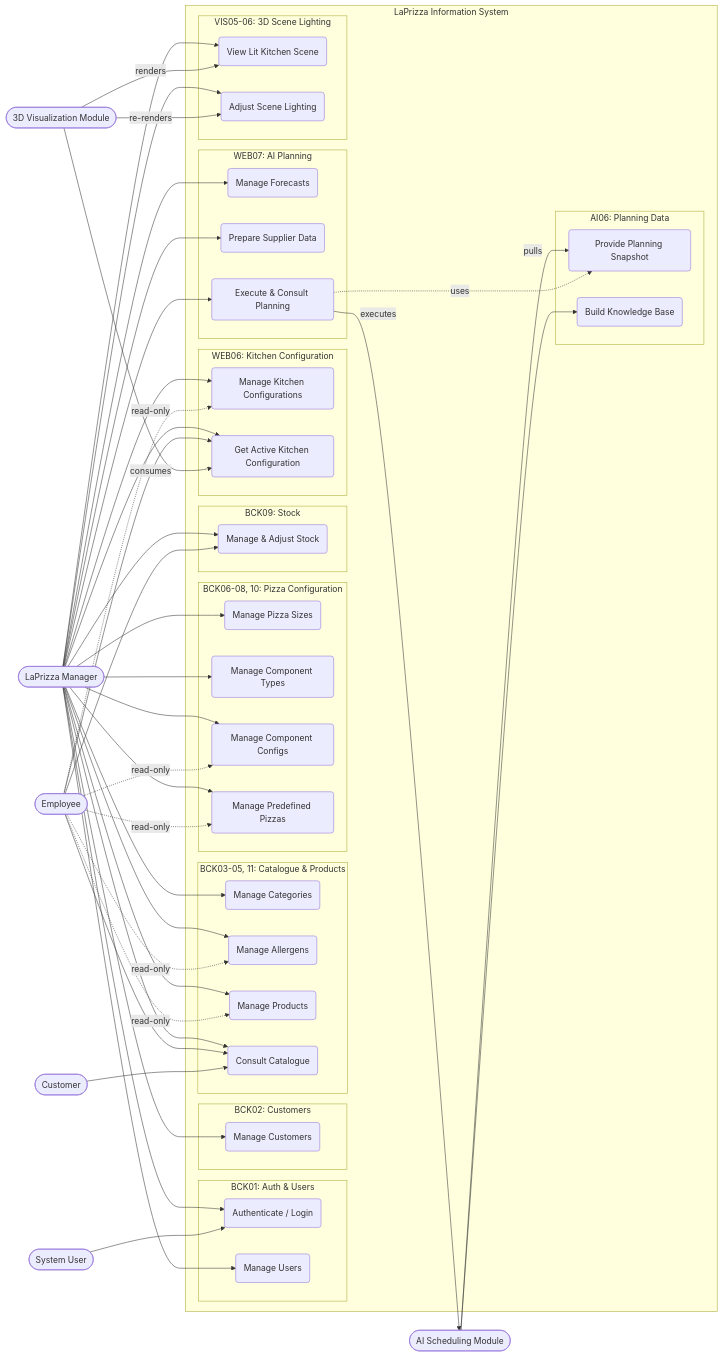
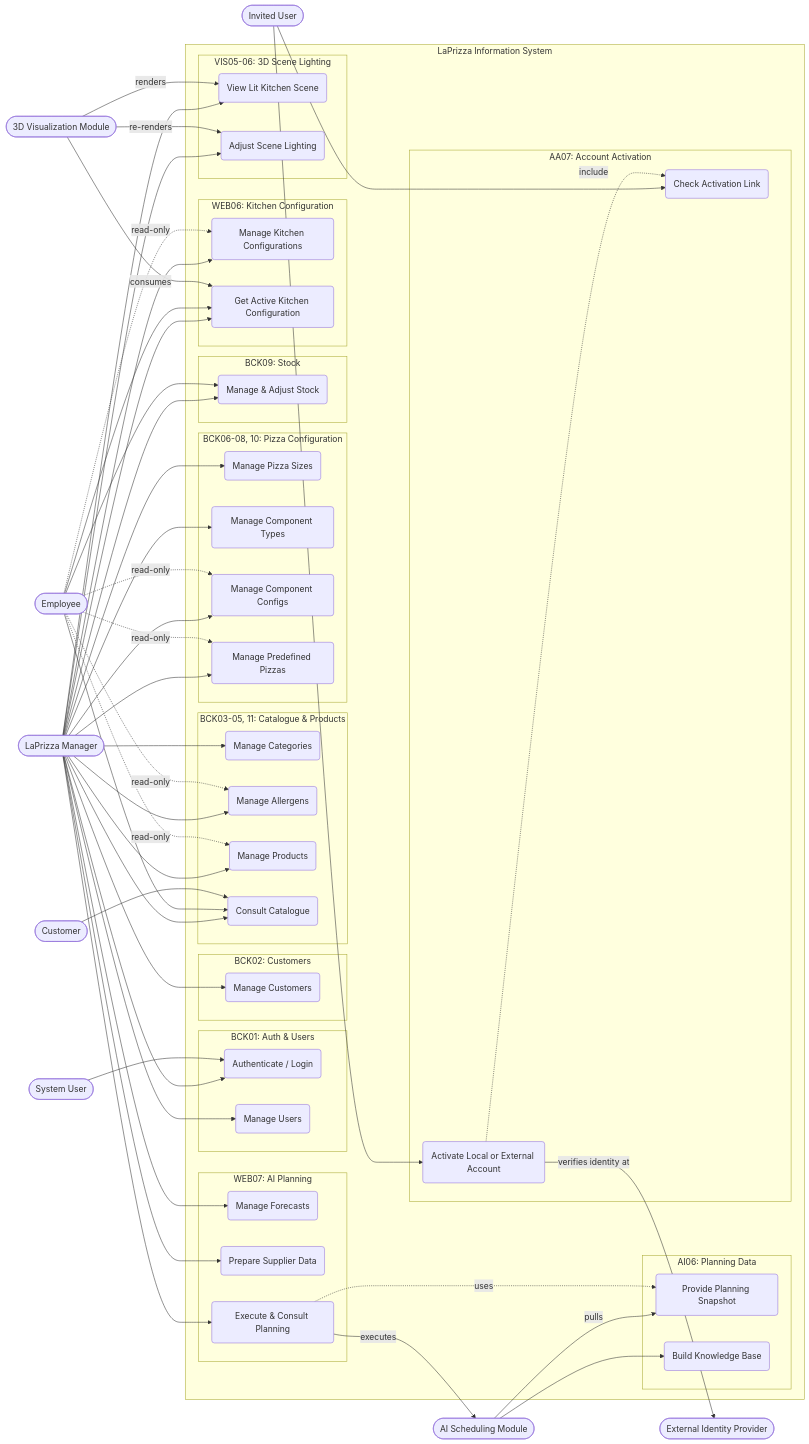
One commit to ivasduarte/laprizza changed the diagram in docs/analysis/diagrams/use-case-views/global-use-case-view.mermaid. Above: the diagram before and after it, drawn with Mermaid. The commit also changed 75 other files, not shown here.

Commit message:
feat(AA07): added secure account activation (#409)

```diff
--- a/docs/analysis/diagrams/use-case-views/global-use-case-view.mermaid
+++ b/docs/analysis/diagrams/use-case-views/global-use-case-view.mermaid
@@ -1,90 +1,101 @@
 flowchart LR
     Manager([LaPrizza Manager])
     SystemUser([System User])
     Employee([Employee])
     Customer([Customer])
     Viz3D([3D Visualization Module])
     AI([AI Scheduling Module])
+    InvitedUser([Invited User])
+    IdP([External Identity Provider])
 
     subgraph System [LaPrizza Information System]
         subgraph Auth [BCK01: Auth & Users]
             UC_Auth(Authenticate / Login)
             UC_Users(Manage Users)
         end
         subgraph Cust [BCK02: Customers]
             UC_Cust(Manage Customers)
         end
         subgraph Catalog [BCK03-05, 11: Catalogue & Products]
             UC_Cat(Manage Categories)
             UC_Allergens(Manage Allergens)
             UC_Prod(Manage Products)
             UC_Catalog(Consult Catalogue)
         end
         subgraph Config [BCK06-08, 10: Pizza Configuration]
             UC_Sizes(Manage Pizza Sizes)
             UC_Types(Manage Component Types)
             UC_Configs(Manage Component Configs)
             UC_Predef(Manage Predefined Pizzas)
         end
         subgraph Stock [BCK09: Stock]
             UC_Stock(Manage & Adjust Stock)
         end
         subgraph Kitchen [WEB06: Kitchen Configuration]
             UC_Kitchen(Manage Kitchen Configurations)
             UC_ActiveKitchen(Get Active Kitchen Configuration)
         end
         subgraph Planning [WEB07: AI Planning]
             UC_Forecasts(Manage Forecasts)
             UC_Suppliers(Prepare Supplier Data)
             UC_Planning(Execute & Consult Planning)
         end
         subgraph Lighting [VIS05-06: 3D Scene Lighting]
             UC_Lit(View Lit Kitchen Scene)
             UC_AdjustLight(Adjust Scene Lighting)
         end
         subgraph PlanningData [AI06: Planning Data]
             UC_Snapshot(Provide Planning Snapshot)
             UC_KB(Build Knowledge Base)
+        end
+        subgraph Activation [AA07: Account Activation]
+            UC_CheckLink(Check Activation Link)
+            UC_Activate(Activate Local or External Account)
         end
     end
 
     Manager --> UC_Auth
     Manager --> UC_Users
     Manager --> UC_Cust
     Manager --> UC_Cat
     Manager --> UC_Allergens
     Manager --> UC_Prod
     Manager --> UC_Sizes
     Manager --> UC_Types
     Manager --> UC_Configs
     Manager --> UC_Predef
     Manager --> UC_Stock
     Manager --> UC_Catalog
     Manager --> UC_Kitchen
     Manager --> UC_ActiveKitchen
     Manager --> UC_Forecasts
     Manager --> UC_Suppliers
     Manager --> UC_Planning
     Manager --> UC_Lit
     Manager --> UC_AdjustLight
 
     SystemUser --> UC_Auth
 
     Employee -.->|read-only| UC_Allergens
     Employee -.->|read-only| UC_Prod
     Employee -.->|read-only| UC_Configs
     Employee -.->|read-only| UC_Predef
     Employee -.->|read-only| UC_Kitchen
     Employee --> UC_ActiveKitchen
     Employee --> UC_Stock
     Employee --> UC_Catalog
 
     Customer --> UC_Catalog
 
     Viz3D -->|consumes| UC_ActiveKitchen
     Viz3D -->|renders| UC_Lit
     Viz3D -->|re-renders| UC_AdjustLight
     UC_Planning -->|executes| AI
     AI -->|pulls| UC_Snapshot
     AI --> UC_KB
     UC_Planning -.->|uses| UC_Snapshot
+
+    InvitedUser --> UC_CheckLink
+    InvitedUser --> UC_Activate
+    UC_Activate -.->|include| UC_CheckLink
+    UC_Activate -->|verifies identity at| IdP
```
